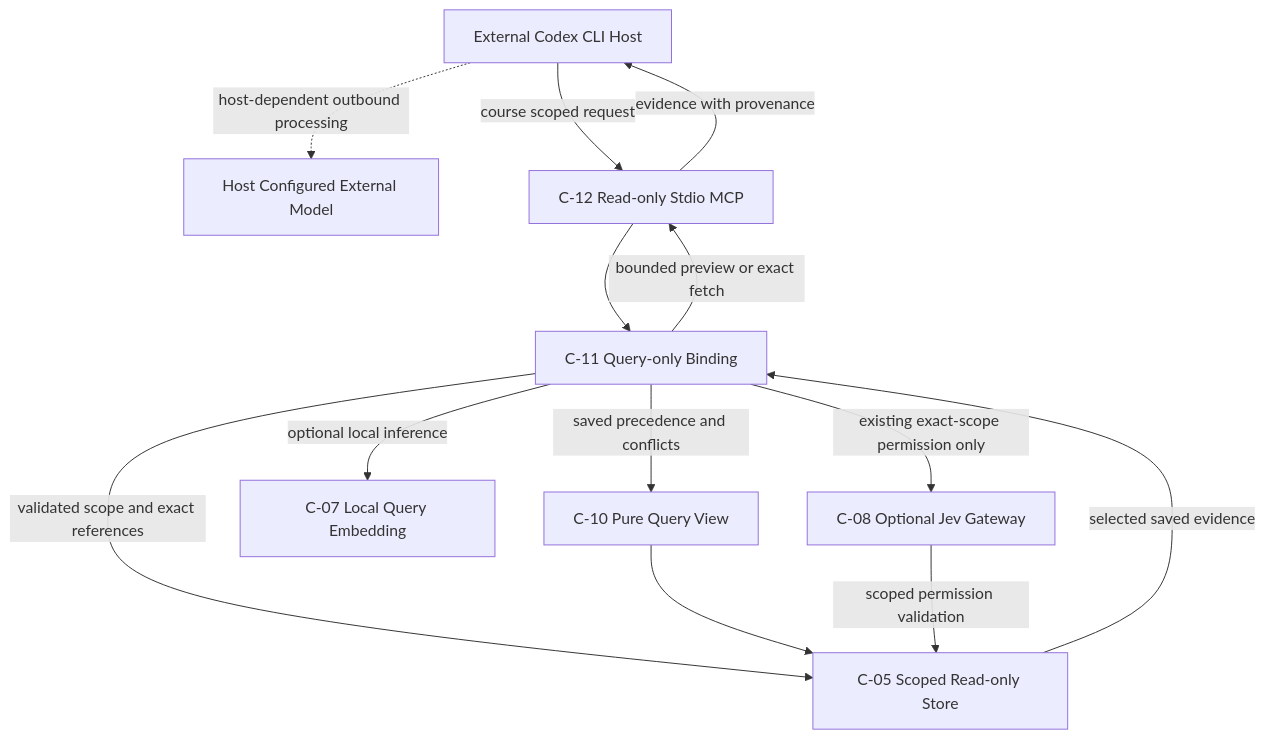
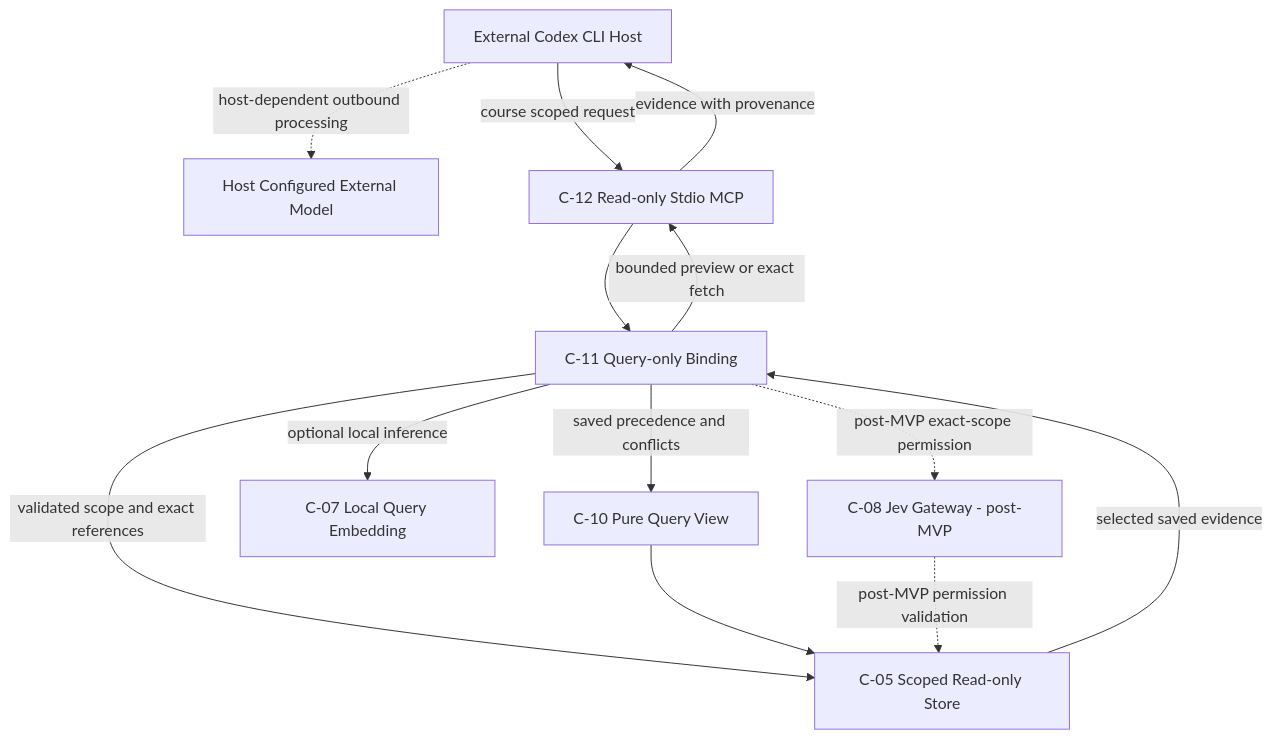
One commit to lawrencegranda/INFO-5940-project changed the second of 2 diagrams in aidlc-docs/inception/application-design/component-dependency.md. Above: the diagram before and after it, drawn with Mermaid. The commit also changed other lines of this file and 7 other files, not shown here.

````diff
--- a/aidlc-docs/inception/application-design/component-dependency.md
+++ b/aidlc-docs/inception/application-design/component-dependency.md
@@ -147,23 +150,23 @@
 ```mermaid
 flowchart TD
     Host["External Codex CLI Host"]
     Model["Host Configured External Model"]
     C12["C-12 Read-only Stdio MCP"]
     Q11["C-11 Query-only Binding"]
     Q05["C-05 Scoped Read-only Store"]
     Q10["C-10 Pure Query View"]
     Q07["C-07 Local Query Embedding"]
-    Q08["C-08 Optional Jev Gateway"]
+    Q08["C-08 Jev Gateway - post-MVP"]
     Host -->|course scoped request| C12
     C12 --> Q11
     Q11 -->|validated scope and exact references| Q05
     Q11 -->|saved precedence and conflicts| Q10
     Q10 --> Q05
     Q11 -->|optional local inference| Q07
-    Q11 -->|existing exact-scope permission only| Q08
-    Q08 -->|scoped permission validation| Q05
+    Q11 -.->|post-MVP exact-scope permission| Q08
+    Q08 -.->|post-MVP permission validation| Q05
     Q05 -->|selected saved evidence| Q11
     Q11 -->|bounded preview or exact fetch| C12
     C12 -->|evidence with provenance| Host
     Host -.->|host-dependent outbound processing| Model
 ```
````
